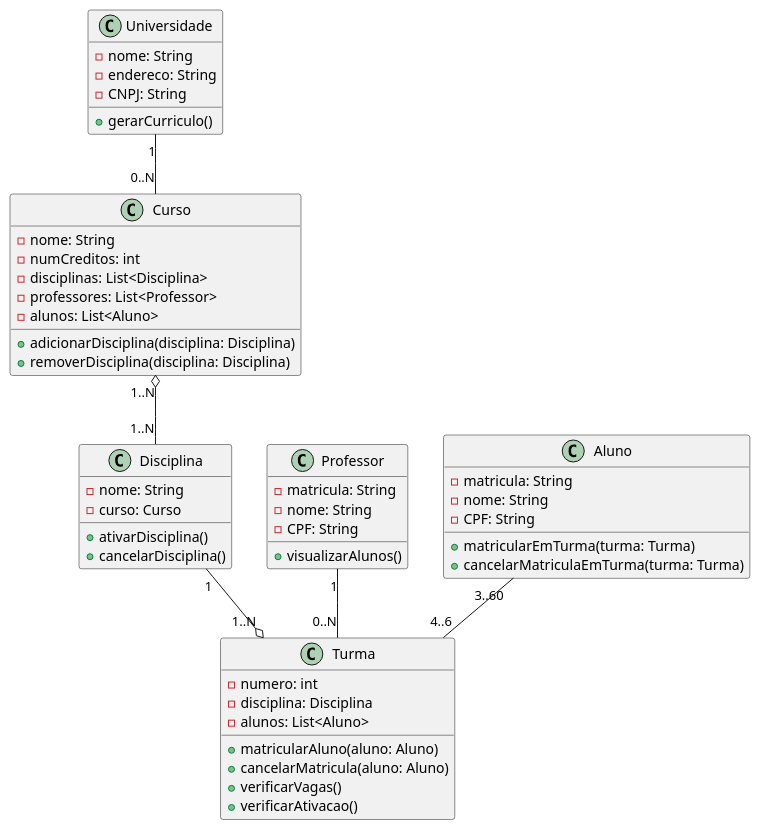
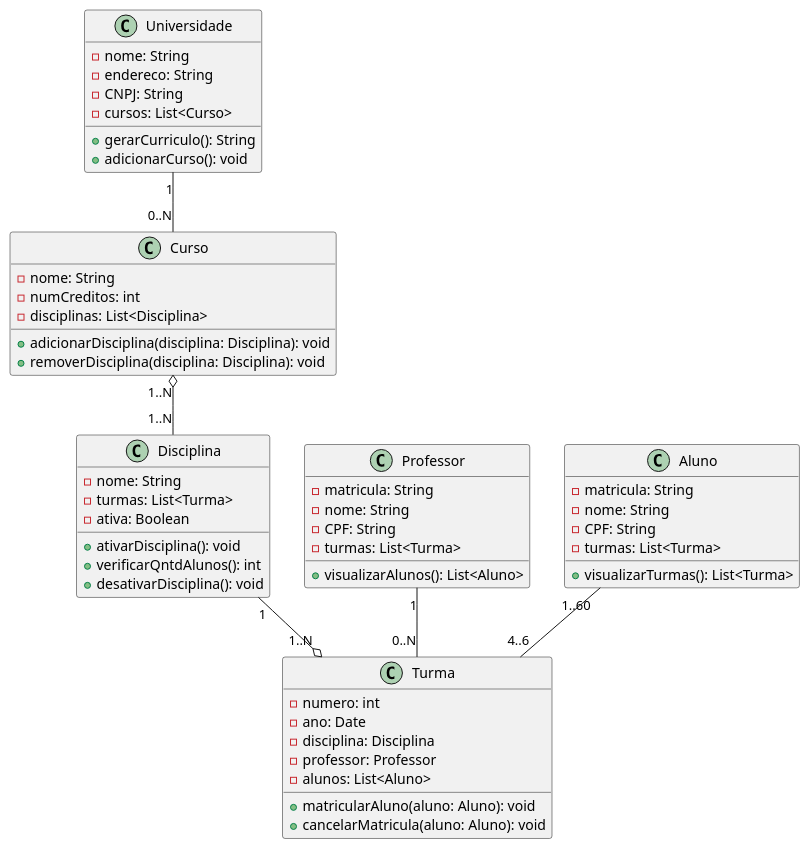
One commit to oarthurfc/LDS changed the diagram in project/code/classDiagram.puml. Above: the diagram before and after it, drawn with PlantUML.

Commit message:
Atualizando Diagrama de Classes

```diff
--- a/project/code/classDiagram.puml
+++ b/project/code/classDiagram.puml
@@ -1,58 +1,61 @@
 @startuml
 
 class Universidade {
   -nome: String
   -endereco: String
   -CNPJ: String
-  +gerarCurriculo()
+  -cursos: List<Curso>
+  +gerarCurriculo(): String
+  +adicionarCurso(): void
 }
 
 class Curso {
   -nome: String
   -numCreditos: int
   -disciplinas: List<Disciplina>
-  -professores: List<Professor>
-  -alunos: List<Aluno>
-  +adicionarDisciplina(disciplina: Disciplina)
-  +removerDisciplina(disciplina: Disciplina)
+  +adicionarDisciplina(disciplina: Disciplina): void
+  +removerDisciplina(disciplina: Disciplina): void
 }
 
 class Disciplina {
   -nome: String
-  -curso: Curso
-  +ativarDisciplina()
-  +cancelarDisciplina()
+  -turmas: List<Turma>
+  -ativa: Boolean
+  +ativarDisciplina(): void
+  +verificarQntdAlunos(): int
+  +desativarDisciplina(): void
 }
 
 class Turma {
   -numero: int
+  -ano: Date
   -disciplina: Disciplina
+  -professor: Professor
   -alunos: List<Aluno>
-  +matricularAluno(aluno: Aluno)
-  +cancelarMatricula(aluno: Aluno)
-  +verificarVagas()
-  +verificarAtivacao()
+  +matricularAluno(aluno: Aluno): void
+  +cancelarMatricula(aluno: Aluno): void
 }
 
 class Professor {
   -matricula: String
   -nome: String
   -CPF: String
-  +visualizarAlunos()
+  -turmas: List<Turma>
+  +visualizarAlunos(): List<Aluno>
 }
 
 class Aluno {
   -matricula: String
   -nome: String  
   -CPF: String 
-  +matricularEmTurma(turma: Turma)
-  +cancelarMatriculaEmTurma(turma: Turma)
+  -turmas: List<Turma>
+  +visualizarTurmas(): List<Turma>
 }
 
 Universidade "1" -- "0..N" Curso
 Curso "1..N" o-- "1..N" Disciplina
 Disciplina "1" --o "1..N" Turma
 Professor "1" -- "0..N" Turma
-Aluno "3..60" -- "4..6" Turma
+Aluno "1..60" -- "4..6" Turma
 
 @enduml
```
